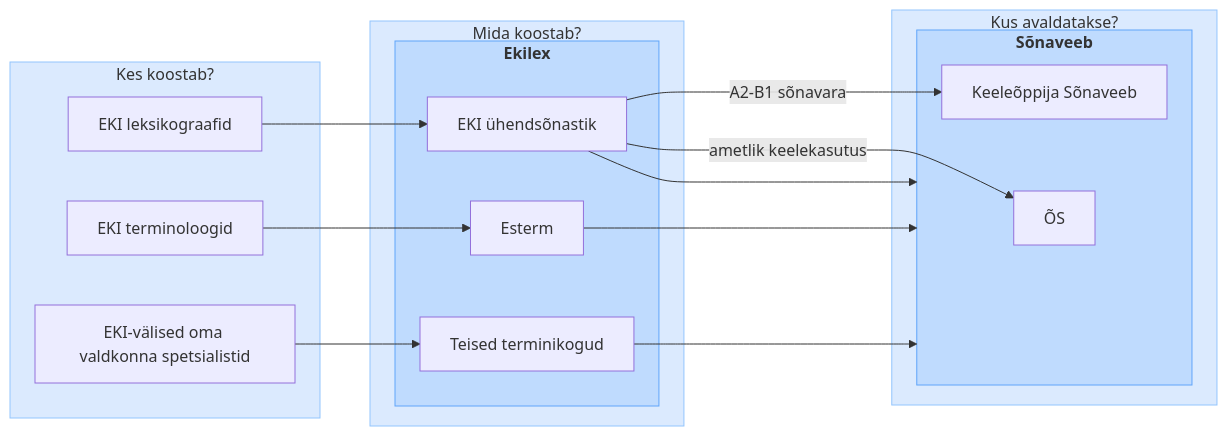
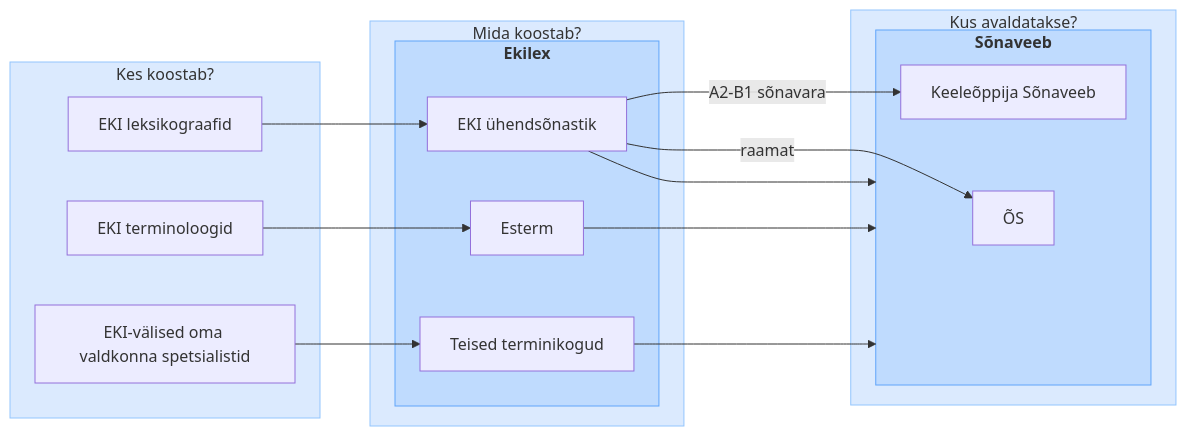
The diagram in README.md (keeleinstituut/ekilex_documentation), drawn with Mermaid before and after one commit.

````diff
--- a/README.md
+++ b/README.md
@@ -8,47 +8,47 @@
 ```mermaid
   flowchart LR
       subgraph Kes["Kes koostab?"]
           A["EKI leksikograafid"]
           B["EKI terminoloogid"]
           C["EKI-välised oma valdkonna spetsialistid"]
       end
 
       subgraph Outer["Mida koostab?"]
           subgraph Ekilex["<b>Ekilex</b>"]
               D["EKI ühendsõnastik"]
               E["Esterm"]
               F["Teised terminikogud"]
           end
       end
 
       subgraph Avalik["Kus avaldatakse?"]
           subgraph WW["<b>Sõnaveeb</b>"]
               J["ÕS"]
               I["Keeleõppija Sõnaveeb"]
           end
       end
 
       A --> D
       B --> E
       C --> F
       D --> WW
       D -->|A2-B1 sõnavara| I
-      D -->|ametlik keelekasutus| J
+      D -->|raamat| J
       E --> WW
       F --> WW
 
       style Kes fill:#dbeafe,stroke:#93c5fd
       style Outer fill:#dbeafe,stroke:#93c5fd
       style Ekilex fill:#bfdbfe,stroke:#60a5fa
       style Avalik fill:#dbeafe,stroke:#93c5fd
       style WW fill:#bfdbfe,stroke:#60a5fa
 
       style A padding:10px
       style B padding:10px
       style C padding:10px
       style D padding:10px
       style E padding:10px
       style F padding:10px
       style I padding:10px
       style J padding:10px
 ``` 
````
